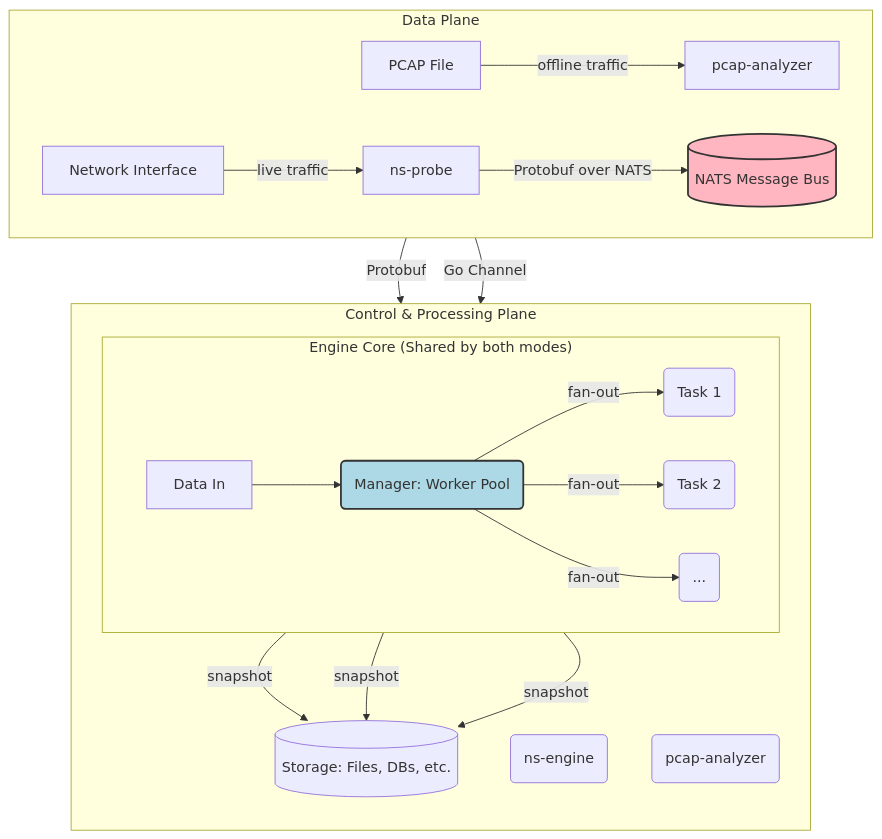
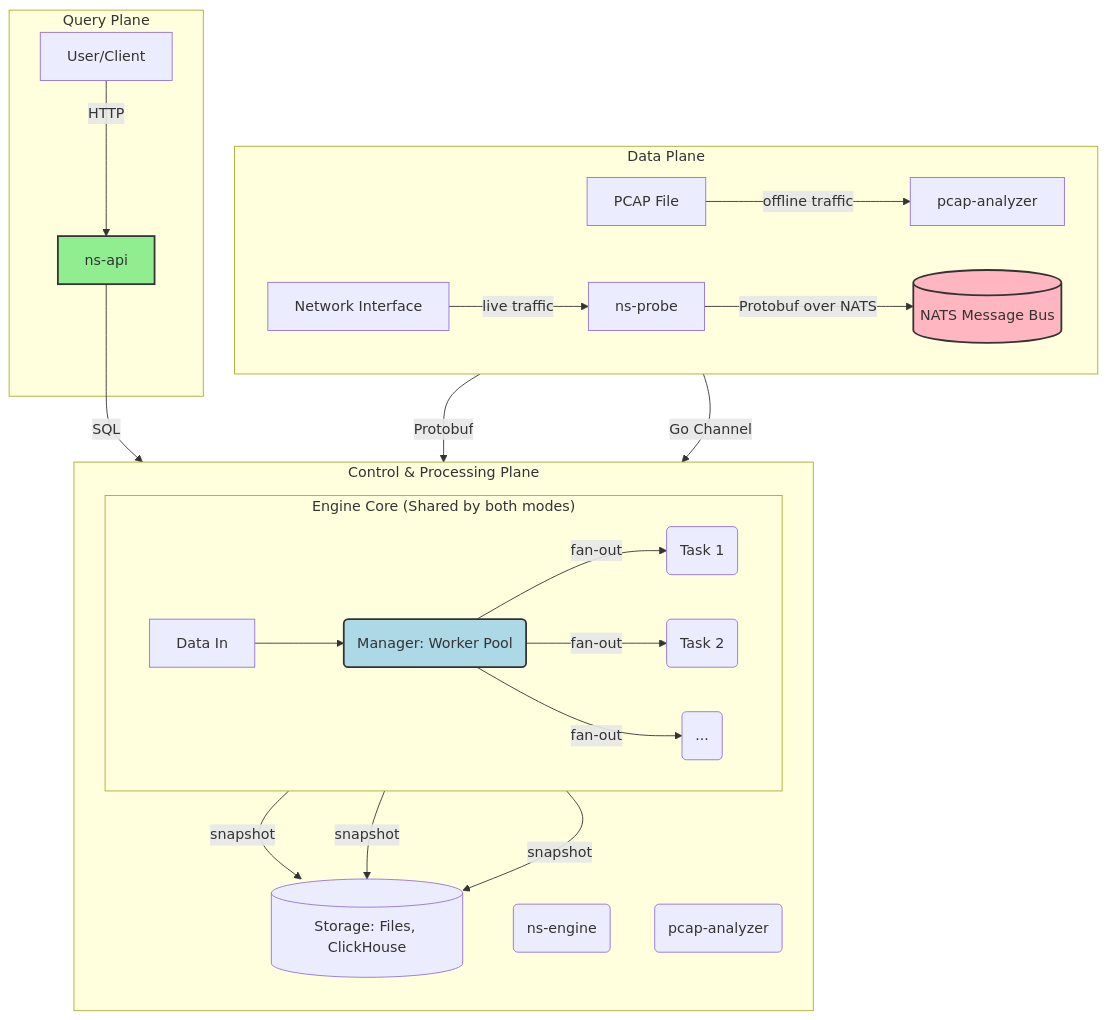
Before and after one commit to Decade-qiu/Go2NetSpectra: the diagram in README.md, drawn with Mermaid. The commit also changed other lines of this file, not shown here.

Commit message:
:memo: docs: update documentation for probe persistence and API usage

````diff
--- a/README.md
+++ b/README.md
@@ -13,31 +13,37 @@
 ```mermaid
 graph TD
     subgraph "Data Plane"
         direction LR
         Iface[Network Interface] -- live traffic --> Probe[ns-probe]
         Pcap[PCAP File] -- offline traffic --> Analyzer[pcap-analyzer]
         Probe -- Protobuf over NATS --> NATS[(NATS Message Bus)]
     end
 
     subgraph "Control & Processing Plane"
         direction TB
         NATS -- Protobuf --> Engine_Realtime(ns-engine)
         Analyzer -- Go Channel --> Engine_Offline(pcap-analyzer)
         
         subgraph "Engine Core (Shared by both modes)"
             direction LR
             Input[Data In] --> Manager(Manager: Worker Pool)
             Manager -- fan-out --> Task1(Task 1)
             Manager -- fan-out --> Task2(Task 2)
             Manager -- fan-out --> TaskN(...)
         end
 
         Task1 -- snapshot --> Storage
         Task2 -- snapshot --> Storage
         TaskN -- snapshot --> Storage
-        Storage[(Storage: Files, DBs, etc.)]
+        Storage[(Storage: Files, ClickHouse)]
+    end
+
+    subgraph "Query Plane"
+        API[ns-api] -- SQL --> Storage
+        User[User/Client] -- HTTP --> API
     end
 
     style NATS fill:#FFB6C1,stroke:#333,stroke-width:2px
     style Manager fill:#ADD8E6,stroke:#333,stroke-width:2px
+    style API fill:#90EE90,stroke:#333,stroke-width:2px
 ```
````
